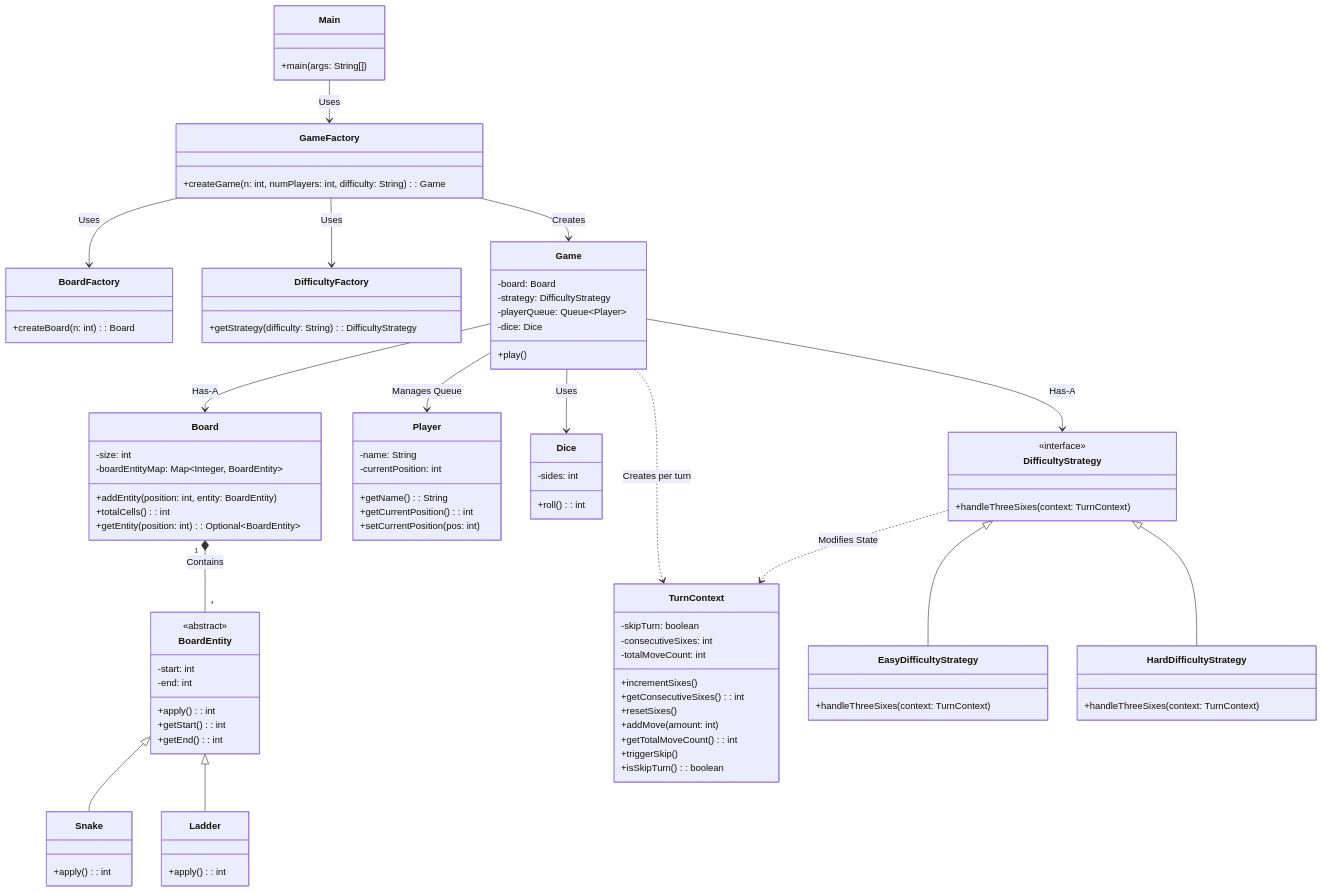
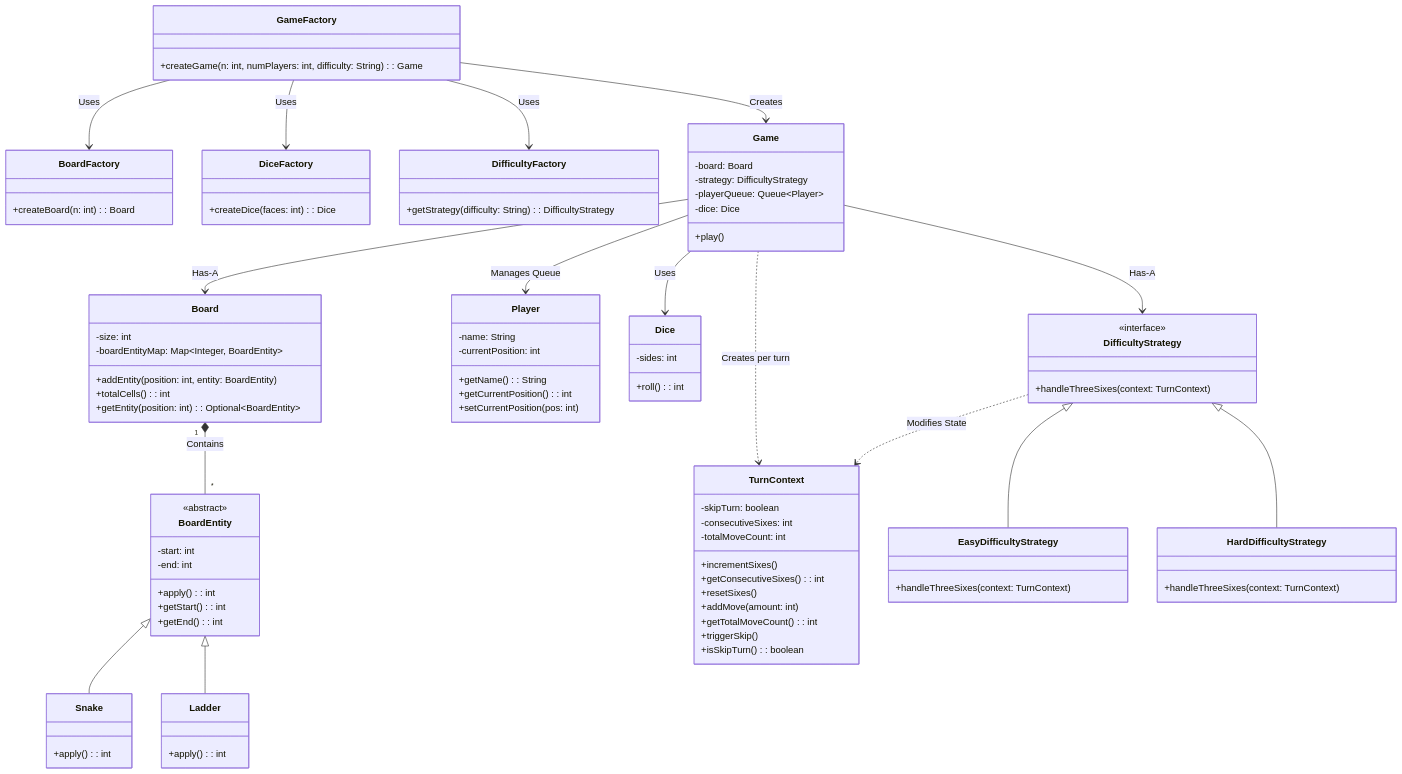
Before and after one commit to vimalyad/snake-and-ladder-game: the diagram in README.md, drawn with Mermaid.

````diff
--- a/README.md
+++ b/README.md
@@ -25,14 +25,14 @@
 ```mermaid
 classDiagram
     %% Core Engine & Factories
-    class Main {
-        +main(args: String[])
-    }
     class GameFactory {
         +createGame(n: int, numPlayers: int, difficulty: String): Game
     }
     class BoardFactory {
         +createBoard(n: int): Board
+    }
+    class DiceFactory {
+        +createDice(faces: int): Dice
     }
     class DifficultyFactory {
         +getStrategy(difficulty: String): DifficultyStrategy
@@ -104,10 +104,10 @@
     }
 
     %% Relationships
-    Main --> GameFactory : Uses
     GameFactory --> Game : Creates
     GameFactory --> BoardFactory : Uses
     GameFactory --> DifficultyFactory : Uses
+    GameFactory --> DiceFactory : Uses
     
     Game --> Board : Has-A
     Game --> DifficultyStrategy : Has-A
````
